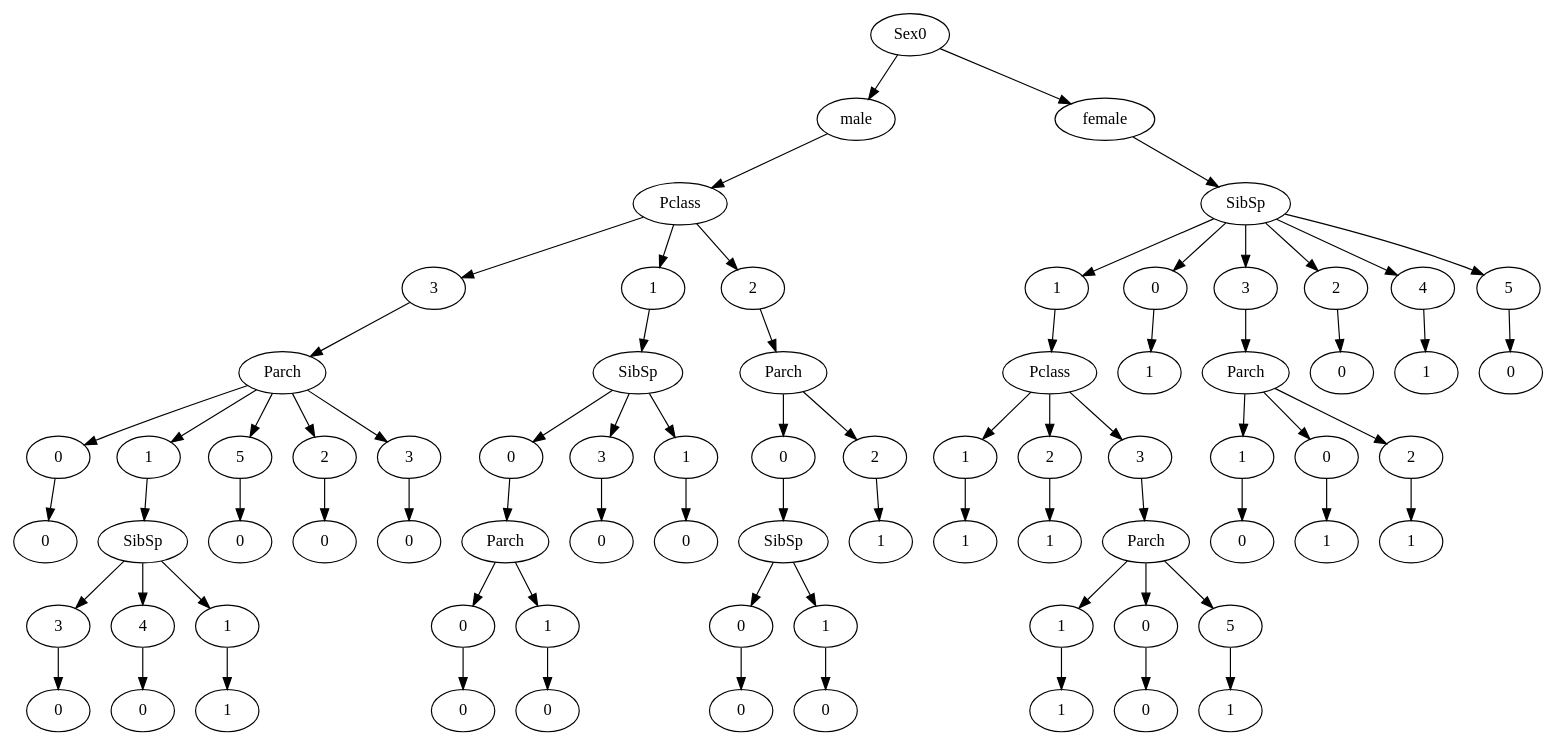
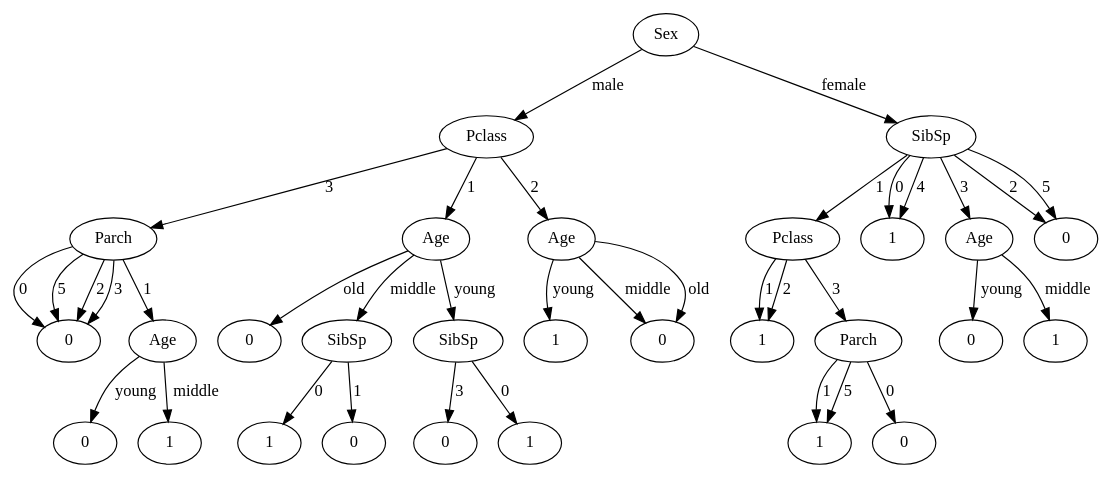
Before and after one commit to GPlaczek/decision-trees: the diagram in decision_trees/doctest-output/round-table.gv, drawn with Graphviz. The commit also changed 3 other files, not shown here.

```diff
--- a/decision_trees/doctest-output/round-table.gv
+++ b/decision_trees/doctest-output/round-table.gv
@@ -1,150 +1,75 @@
 digraph {
-	male_00 [label=male]
-	Sex0 -> male_00
+	Sex0 [label=Sex]
 	Pclass00 [label=Pclass]
-	male_00 -> Pclass00
-	"3_000" [label=3]
-	Pclass00 -> "3_000"
+	Sex0 -> Pclass00 [label=male]
 	Parch000 [label=Parch]
-	"3_000" -> Parch000
-	"0_0000" [label=0]
-	Parch000 -> "0_0000"
-	"0_00000" [label=0]
-	"0_0000" -> "0_00000"
-	"1_0001" [label=1]
-	Parch000 -> "1_0001"
-	SibSp0001 [label=SibSp]
-	"1_0001" -> SibSp0001
-	"3_00010" [label=3]
-	SibSp0001 -> "3_00010"
-	"3_000100" [label=0]
-	"3_00010" -> "3_000100"
-	"4_00011" [label=4]
-	SibSp0001 -> "4_00011"
-	"4_000110" [label=0]
-	"4_00011" -> "4_000110"
-	"1_00012" [label=1]
-	SibSp0001 -> "1_00012"
-	"1_000121" [label=1]
-	"1_00012" -> "1_000121"
-	"5_0002" [label=5]
-	Parch000 -> "5_0002"
-	"5_00020" [label=0]
-	"5_0002" -> "5_00020"
-	"2_0003" [label=2]
-	Parch000 -> "2_0003"
-	"2_00030" [label=0]
-	"2_0003" -> "2_00030"
-	"3_0004" [label=3]
-	Parch000 -> "3_0004"
-	"3_00040" [label=0]
-	"3_0004" -> "3_00040"
-	"1_001" [label=1]
-	Pclass00 -> "1_001"
-	SibSp001 [label=SibSp]
-	"1_001" -> SibSp001
-	"0_0010" [label=0]
-	SibSp001 -> "0_0010"
-	Parch0010 [label=Parch]
-	"0_0010" -> Parch0010
-	"0_00100" [label=0]
-	Parch0010 -> "0_00100"
-	"0_001000" [label=0]
-	"0_00100" -> "0_001000"
-	"1_00101" [label=1]
-	Parch0010 -> "1_00101"
-	"1_001010" [label=0]
-	"1_00101" -> "1_001010"
-	"3_0011" [label=3]
-	SibSp001 -> "3_0011"
-	"3_00110" [label=0]
-	"3_0011" -> "3_00110"
-	"1_0012" [label=1]
-	SibSp001 -> "1_0012"
-	"1_00120" [label=0]
-	"1_0012" -> "1_00120"
-	"2_002" [label=2]
-	Pclass00 -> "2_002"
-	Parch002 [label=Parch]
-	"2_002" -> Parch002
-	"0_0020" [label=0]
-	Parch002 -> "0_0020"
-	SibSp0020 [label=SibSp]
-	"0_0020" -> SibSp0020
-	"0_00200" [label=0]
-	SibSp0020 -> "0_00200"
-	"0_002000" [label=0]
-	"0_00200" -> "0_002000"
-	"1_00201" [label=1]
-	SibSp0020 -> "1_00201"
-	"1_002010" [label=0]
-	"1_00201" -> "1_002010"
-	"2_0021" [label=2]
-	Parch002 -> "2_0021"
-	"2_00211" [label=1]
-	"2_0021" -> "2_00211"
-	female_01 [label=female]
-	Sex0 -> female_01
+	Pclass00 -> Parch000 [label=3]
+	Parch0000 [label=0]
+	Parch000 -> Parch0000 [label=0]
+	Age0001 [label=Age]
+	Parch000 -> Age0001 [label=1]
+	Age00010 [label=0]
+	Age0001 -> Age00010 [label=young]
+	Age00011 [label=1]
+	Age0001 -> Age00011 [label=middle]
+	Parch0000 [label=0]
+	Parch000 -> Parch0000 [label=5]
+	Parch0000 [label=0]
+	Parch000 -> Parch0000 [label=2]
+	Parch0000 [label=0]
+	Parch000 -> Parch0000 [label=3]
+	Age001 [label=Age]
+	Pclass00 -> Age001 [label=1]
+	Age0010 [label=0]
+	Age001 -> Age0010 [label=old]
+	SibSp0011 [label=SibSp]
+	Age001 -> SibSp0011 [label=middle]
+	SibSp00111 [label=1]
+	SibSp0011 -> SibSp00111 [label=0]
+	SibSp00110 [label=0]
+	SibSp0011 -> SibSp00110 [label=1]
+	SibSp0012 [label=SibSp]
+	Age001 -> SibSp0012 [label=young]
+	SibSp00120 [label=0]
+	SibSp0012 -> SibSp00120 [label=3]
+	SibSp00121 [label=1]
+	SibSp0012 -> SibSp00121 [label=0]
+	Age002 [label=Age]
+	Pclass00 -> Age002 [label=2]
+	Age0021 [label=1]
+	Age002 -> Age0021 [label=young]
+	Age0020 [label=0]
+	Age002 -> Age0020 [label=middle]
+	Age0020 [label=0]
+	Age002 -> Age0020 [label=old]
 	SibSp01 [label=SibSp]
-	female_01 -> SibSp01
-	"1_010" [label=1]
-	SibSp01 -> "1_010"
+	Sex0 -> SibSp01 [label=female]
 	Pclass010 [label=Pclass]
-	"1_010" -> Pclass010
-	"1_0100" [label=1]
-	Pclass010 -> "1_0100"
-	"1_01001" [label=1]
-	"1_0100" -> "1_01001"
-	"2_0101" [label=2]
-	Pclass010 -> "2_0101"
-	"2_01011" [label=1]
-	"2_0101" -> "2_01011"
-	"3_0102" [label=3]
-	Pclass010 -> "3_0102"
+	SibSp01 -> Pclass010 [label=1]
+	Pclass0101 [label=1]
+	Pclass010 -> Pclass0101 [label=1]
+	Pclass0101 [label=1]
+	Pclass010 -> Pclass0101 [label=2]
 	Parch0102 [label=Parch]
-	"3_0102" -> Parch0102
-	"1_01020" [label=1]
-	Parch0102 -> "1_01020"
-	"1_010201" [label=1]
-	"1_01020" -> "1_010201"
-	"0_01021" [label=0]
-	Parch0102 -> "0_01021"
-	"0_010210" [label=0]
-	"0_01021" -> "0_010210"
-	"5_01022" [label=5]
-	Parch0102 -> "5_01022"
-	"5_010221" [label=1]
-	"5_01022" -> "5_010221"
-	"0_011" [label=0]
-	SibSp01 -> "0_011"
-	"0_0111" [label=1]
-	"0_011" -> "0_0111"
-	"3_012" [label=3]
-	SibSp01 -> "3_012"
-	Parch012 [label=Parch]
-	"3_012" -> Parch012
-	"1_0120" [label=1]
-	Parch012 -> "1_0120"
-	"1_01200" [label=0]
-	"1_0120" -> "1_01200"
-	"0_0121" [label=0]
-	Parch012 -> "0_0121"
-	"0_01211" [label=1]
-	"0_0121" -> "0_01211"
-	"2_0122" [label=2]
-	Parch012 -> "2_0122"
-	"2_01221" [label=1]
-	"2_0122" -> "2_01221"
-	"2_013" [label=2]
-	SibSp01 -> "2_013"
-	"2_0130" [label=0]
-	"2_013" -> "2_0130"
-	"4_014" [label=4]
-	SibSp01 -> "4_014"
-	"4_0141" [label=1]
-	"4_014" -> "4_0141"
-	"5_015" [label=5]
-	SibSp01 -> "5_015"
-	"5_0150" [label=0]
-	"5_015" -> "5_0150"
+	Pclass010 -> Parch0102 [label=3]
+	Parch01021 [label=1]
+	Parch0102 -> Parch01021 [label=1]
+	Parch01020 [label=0]
+	Parch0102 -> Parch01020 [label=0]
+	Parch01021 [label=1]
+	Parch0102 -> Parch01021 [label=5]
+	SibSp011 [label=1]
+	SibSp01 -> SibSp011 [label=0]
+	Age012 [label=Age]
+	SibSp01 -> Age012 [label=3]
+	Age0120 [label=0]
+	Age012 -> Age0120 [label=young]
+	Age0121 [label=1]
+	Age012 -> Age0121 [label=middle]
+	SibSp010 [label=0]
+	SibSp01 -> SibSp010 [label=2]
+	SibSp011 [label=1]
+	SibSp01 -> SibSp011 [label=4]
+	SibSp010 [label=0]
+	SibSp01 -> SibSp010 [label=5]
 }
```
